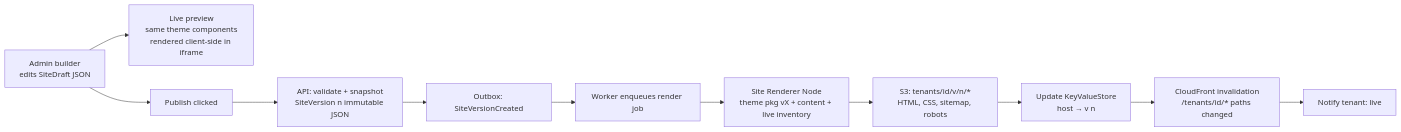
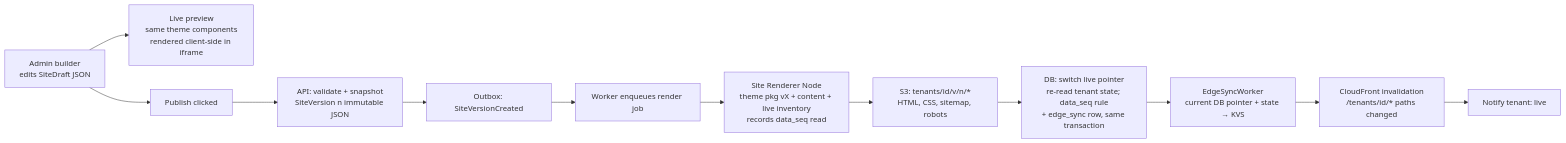
The third of 5 diagrams in docs/requirements/08-architecture.md (mathsyagiri-scrimpify/Cowos), drawn with Mermaid before and after one commit. The commit also changed other lines of this file and 27 other files, not shown here.

````diff
--- a/docs/requirements/08-architecture.md
+++ b/docs/requirements/08-architecture.md
@@ -214,13 +235,14 @@
 ```mermaid
 flowchart LR
     A[Admin builder<br/>edits SiteDraft JSON] --> B[Live preview<br/>same theme components<br/>rendered client-side in iframe]
     A --> C[Publish clicked]
     C --> D[API: validate + snapshot<br/>SiteVersion n immutable JSON]
     D --> E[Outbox: SiteVersionCreated]
     E --> F[Worker enqueues render job]
-    F --> G[Site Renderer Node<br/>theme pkg vX + content + live inventory]
+    F --> G[Site Renderer Node<br/>theme pkg vX + content + live inventory<br/>records data_seq read]
     G --> H[S3: tenants/id/v/n/*<br/>HTML, CSS, sitemap, robots]
-    H --> I[Update KeyValueStore<br/>host → v n]
-    I --> J[CloudFront invalidation<br/>/tenants/id/* paths changed]
+    H --> I[DB: switch live pointer<br/>re-read tenant state; data_seq rule<br/>+ edge_sync row, same transaction]
+    I --> L[EdgeSyncWorker<br/>current DB pointer + state → KVS]
+    L --> J[CloudFront invalidation<br/>/tenants/id/* paths changed]
     J --> K[Notify tenant: live]
 ```
````
